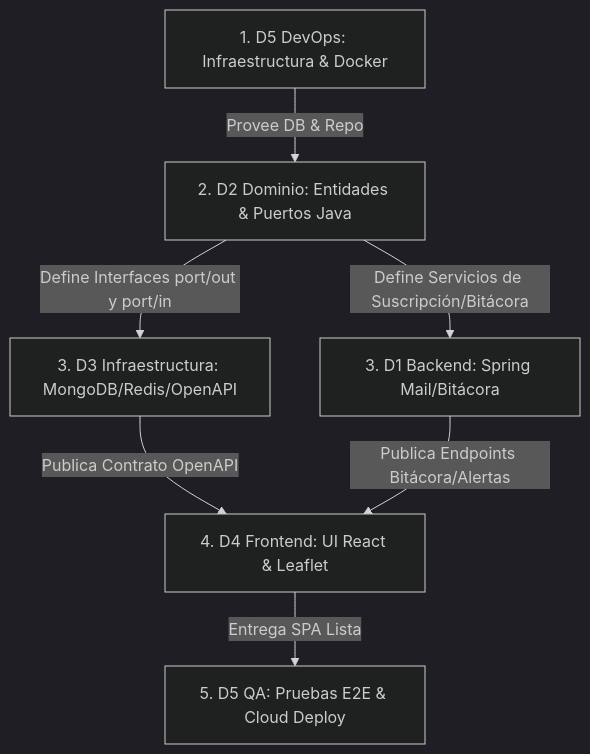
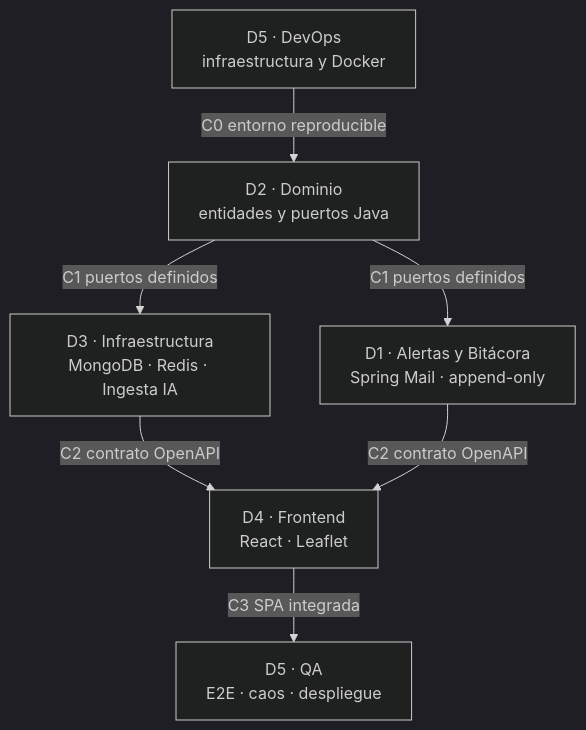
One commit to CarlosBecharaDev/Agua-Vigia-CTG changed the diagram in docs/equipo/secuencia-de-trabajo.md. Above: the diagram before and after it, drawn with Mermaid (dark theme). The commit also changed other lines of this file and 14 other files, not shown here.

````diff
--- a/docs/equipo/secuencia-de-trabajo.md
+++ b/docs/equipo/secuencia-de-trabajo.md
@@ -11,9 +19,9 @@
 ```mermaid
 graph TD
-    D5[1. D5 DevOps: Infraestructura & Docker] -->|Provee DB & Repo| D2[2. D2 Dominio: Entidades & Puertos Java]
-    D2 -->|Define Interfaces port/out y port/in| D3[3. D3 Infraestructura: MongoDB/Redis/OpenAPI]
-    D2 -->|Define Servicios de Suscripción/Bitácora| D1[3. D1 Backend: Spring Mail/Bitácora]
-    D3 -->|Publica Contrato OpenAPI| D4[4. D4 Frontend: UI React & Leaflet]
-    D1 -->|Publica Endpoints Bitácora/Alertas| D4
-    D4 -->|Entrega SPA Lista| D5_2[5. D5 QA: Pruebas E2E & Cloud Deploy]
+    D5[D5 · DevOps<br/>infraestructura y Docker] -->|C0 entorno reproducible| D2[D2 · Dominio<br/>entidades y puertos Java]
+    D2 -->|C1 puertos definidos| D3[D3 · Infraestructura<br/>MongoDB · Redis · Ingesta IA]
+    D2 -->|C1 puertos definidos| D1[D1 · Alertas y Bitácora<br/>Spring Mail · append-only]
+    D3 -->|C2 contrato OpenAPI| D4[D4 · Frontend<br/>React · Leaflet]
+    D1 -->|C2 contrato OpenAPI| D4
+    D4 -->|C3 SPA integrada| D5_2[D5 · QA<br/>E2E · caos · despliegue]
 ```
````
